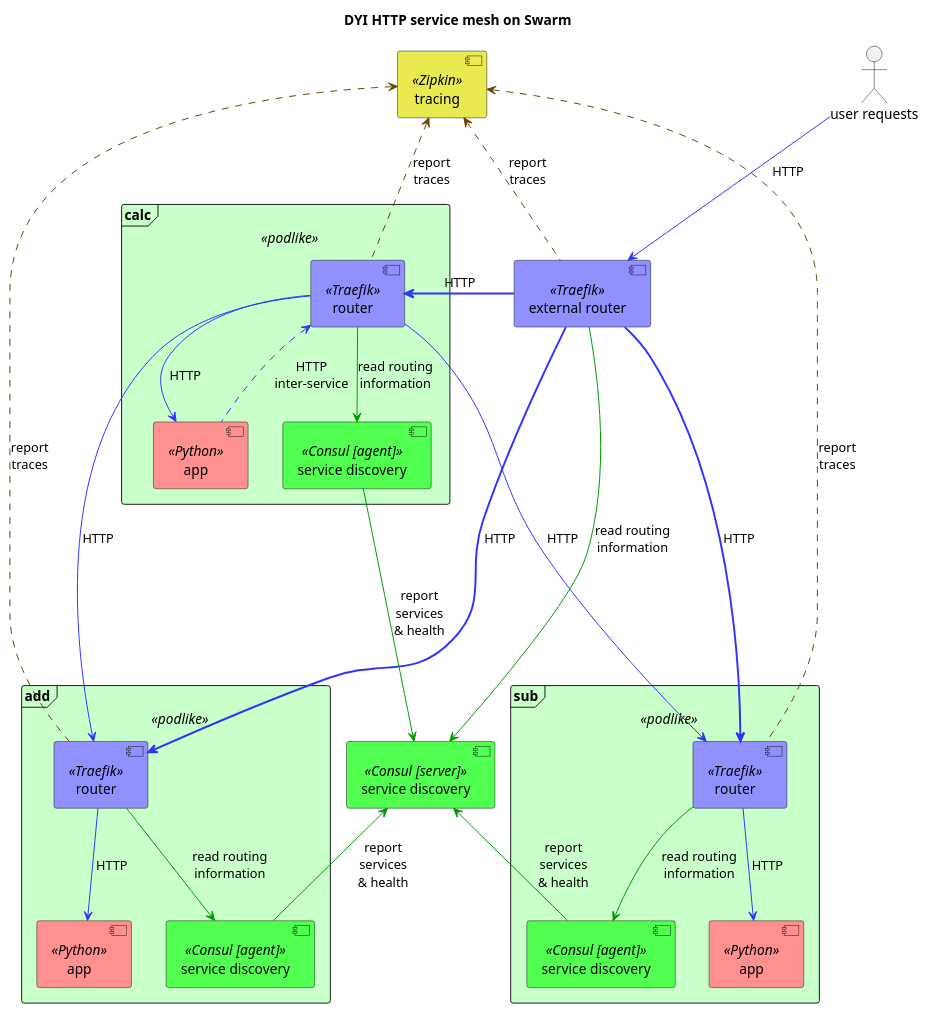
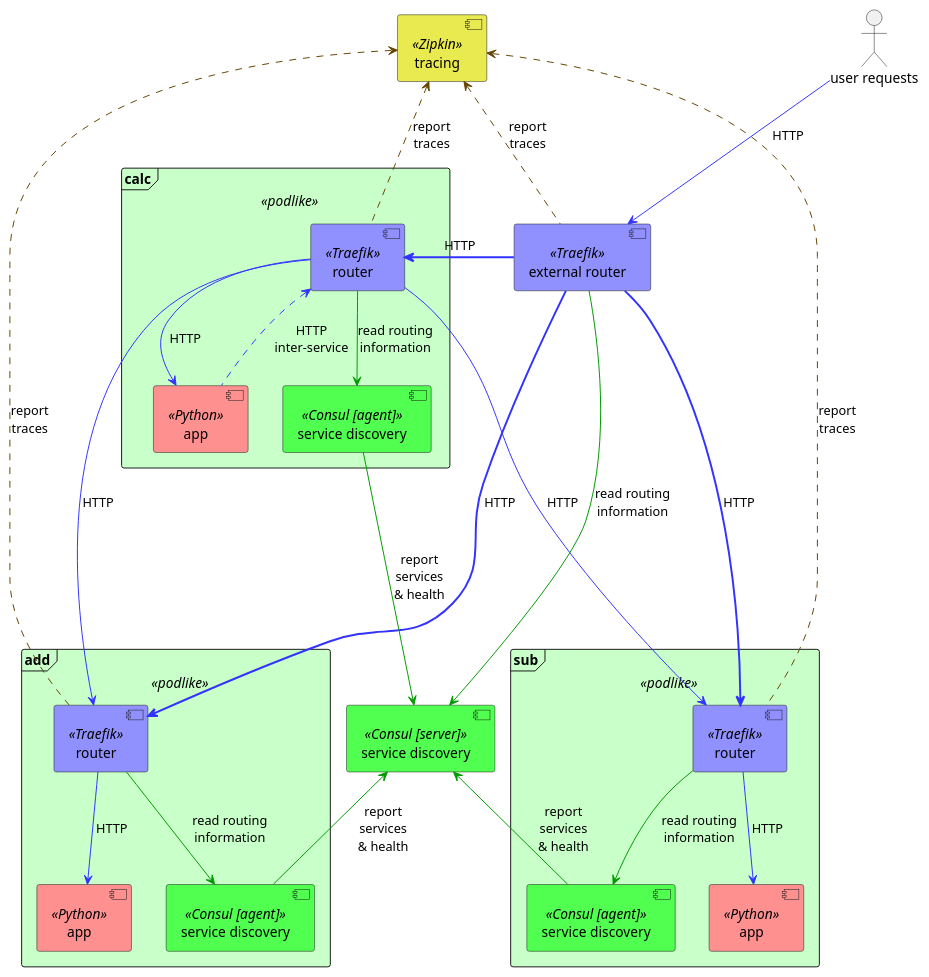
One commit to rycus86/podlike changed the diagram in examples/service-mesh/components.puml. Above: the diagram before and after it, drawn with PlantUML. The commit also changed 6 other files, not shown here.

```diff
--- a/examples/service-mesh/components.puml
+++ b/examples/service-mesh/components.puml
@@ -1,60 +1,58 @@
 @startuml
-
-title DYI HTTP service mesh on Swarm
 
 frame calc << podlike >> #c9ffc9 {
   [app] << Python >> as calc_app #ff9090
   [router] << Traefik >> as calc_router #9090ff
   [service discovery] << Consul [agent] >> as calc_sd #50ff50
   
   calc_router --> calc_sd #090 : read routing\ninformation
   calc_router --> calc_app #33f : HTTP
   calc_router <.. calc_app #33f : HTTP\ninter-service
 }
 
 frame add << podlike >> #c9ffc9 {
   [app] << Python >> as add_app #ff9090
   [router] << Traefik >> as add_router #9090ff
   [service discovery] << Consul [agent] >> as add_sd #50ff50
   
   add_router --> add_sd #090 : read routing\ninformation
   add_router --> add_app #33f : HTTP
 }
 
 frame sub << podlike >> #c9ffc9 {
   [app] << Python >> as sub_app #ff9090
   [router] << Traefik >> as sub_router #9090ff
   [service discovery] << Consul [agent] >> as sub_sd #50ff50
   
   sub_router --> sub_sd #090 : read routing\ninformation
   sub_router --> sub_app #33f : HTTP
 }
 
 [external router] << Traefik >> as router #9090ff
 [service discovery] << Consul [server] >> as sd #50ff50
 [tracing] << Zipkin >> as tracing #e9e950
 
 actor "user requests" as usr
 
 ' communication flows:
 
 usr --> router #33f : HTTP
 
 router =l==> calc_router #33f : HTTP
 router ====> add_router #33f : HTTP
 router =r==> sub_router #33f : HTTP
 
 calc_router --> add_router #33f : HTTP
 calc_router --> sub_router #33f : HTTP
 
 router .u.> tracing #640 : report\ntraces
 calc_router .u.> tracing #640 : report\ntraces
 add_router .u.> tracing #640 : report\ntraces
 sub_router .u.> tracing #640 : report\ntraces
 
 sd <-u--- router #090 : read routing\ninformation
 sd <-u- calc_sd #090 : report\nservices\n& health
 sd <-- add_sd #090 : report\nservices\n& health
 sd <-- sub_sd #090 : report\nservices\n& health
 
 @enduml
```
